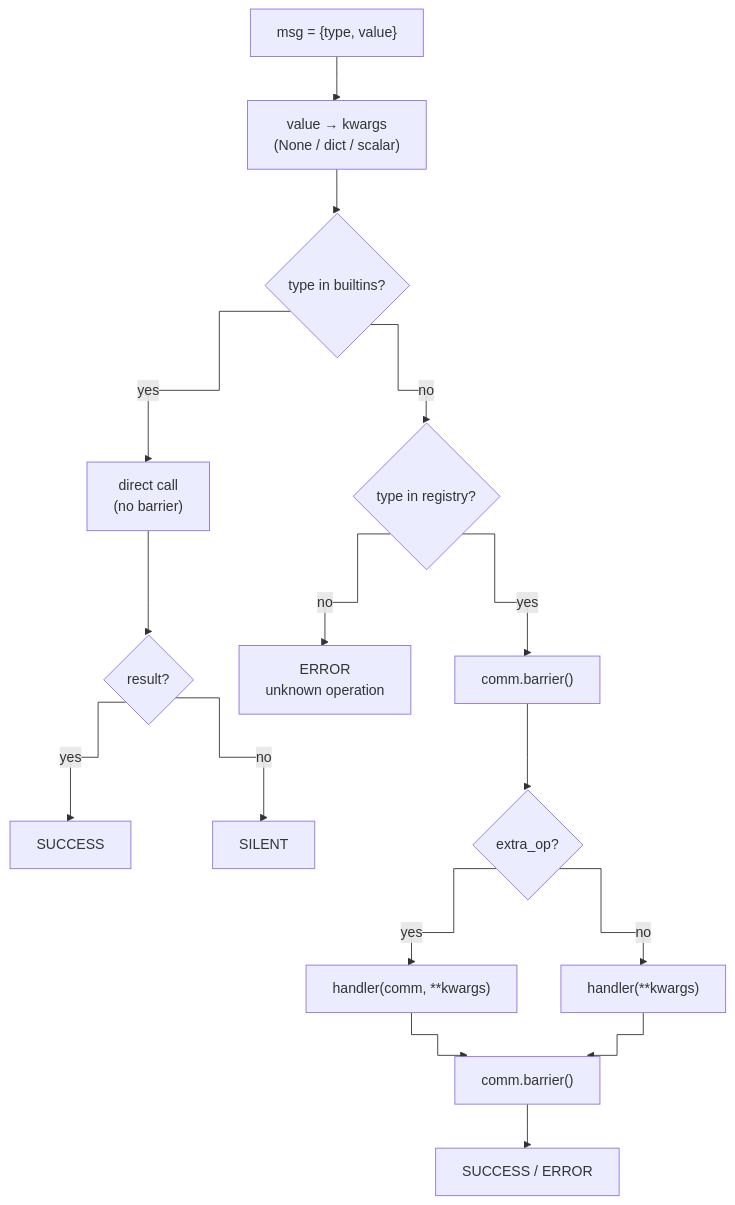
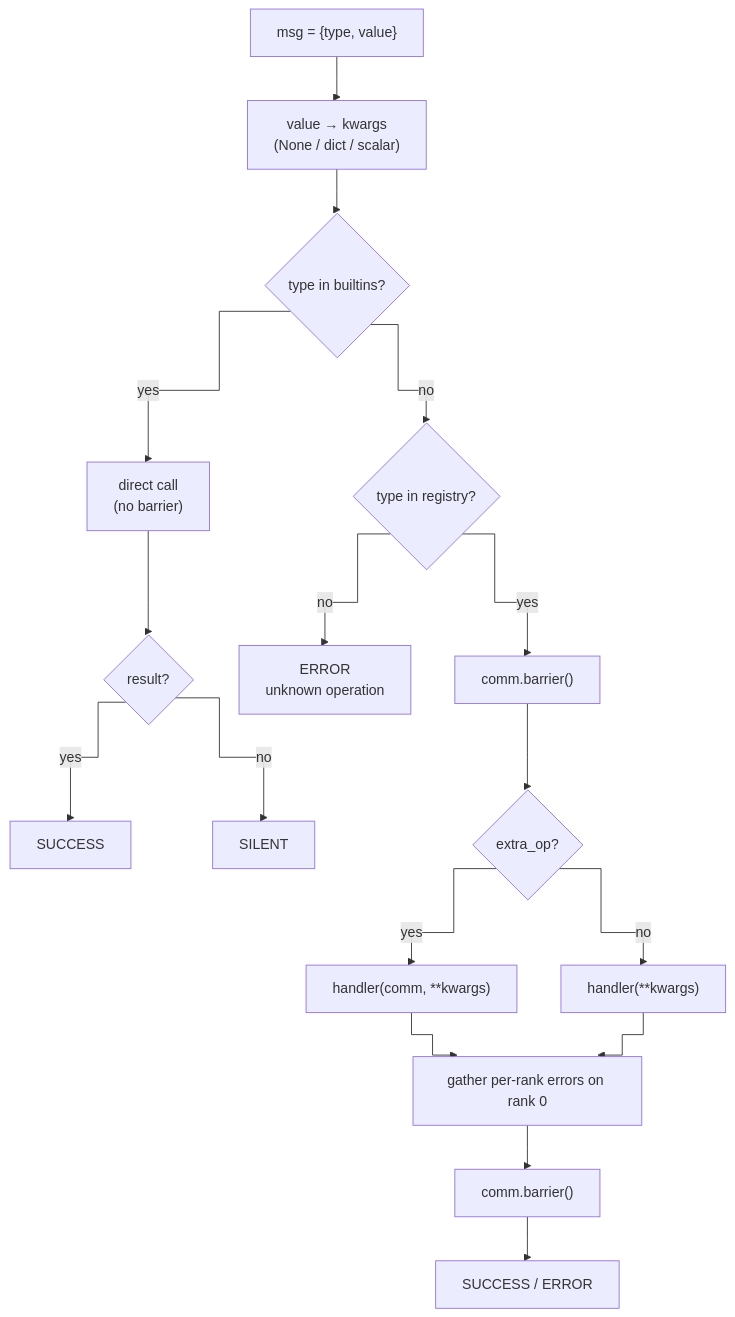
The third of 3 diagrams in docs/dev_parallelization_manager.md (Kerrator/pyKMC), drawn with Mermaid before and after one commit. The commit also changed other lines of this file and 6 other files, not shown here.

````diff
--- a/docs/dev_parallelization_manager.md
+++ b/docs/dev_parallelization_manager.md
@@ -169,19 +175,20 @@
 ```mermaid
 %%{init: {'flowchart': {'curve': 'step'}}}%%
 flowchart TD
     A["msg = {type, value}"] --> B["value → kwargs<br/>(None / dict / scalar)"]
     B --> C{"type in builtins?"}
     C -->|yes| D["direct call<br/>(no barrier)"]
     D --> E{"result?"}
     E -->|yes| F["SUCCESS"]
     E -->|no| G["SILENT"]
     C -->|no| H{"type in registry?"}
     H -->|no| I["ERROR<br/>unknown operation"]
     H -->|yes| J["comm.barrier()"]
     J --> K{"extra_op?"}
     K -->|yes| L["handler(comm, **kwargs)"]
     K -->|no| M["handler(**kwargs)"]
-    L --> N["comm.barrier()"]
+    L --> N["gather per-rank errors on rank 0"]
     M --> N
-    N --> O["SUCCESS / ERROR"]
+    N --> N2["comm.barrier()"]
+    N2 --> O["SUCCESS / ERROR"]
 ```
````
